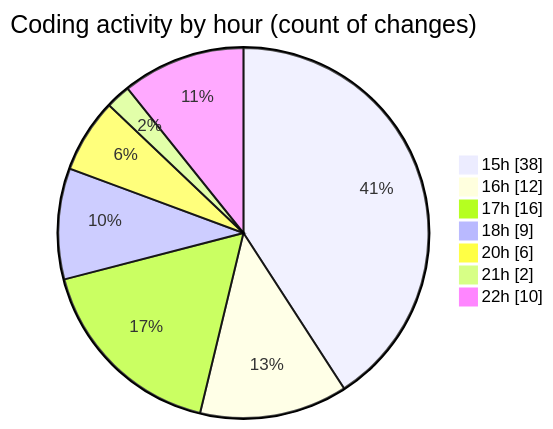
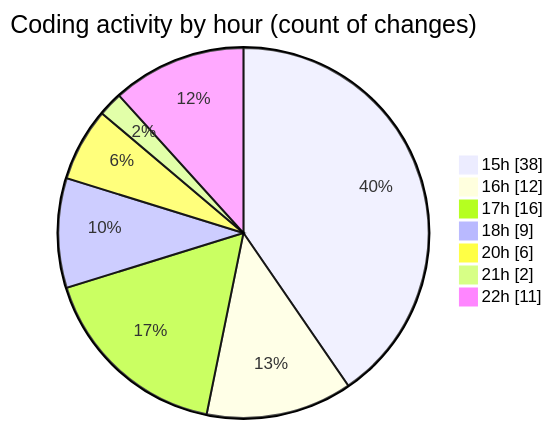
The second of 2 diagrams in 2025-09-08/cashcalculator/README.md (nxtqubesakshisongat/code-tracking), drawn with Mermaid before and after one commit. The commit also changed other lines of this file and 1 other file, not shown here.

````diff
--- a/2025-09-08/cashcalculator/README.md
+++ b/2025-09-08/cashcalculator/README.md
@@ -28,11 +28,11 @@
 ```mermaid
 pie showData
 title Coding activity by hour (count of changes)
 "15h" : 38
 "16h" : 12
 "17h" : 16
 "18h" : 9
 "20h" : 6
 "21h" : 2
-"22h" : 10
+"22h" : 11
 ```
````
